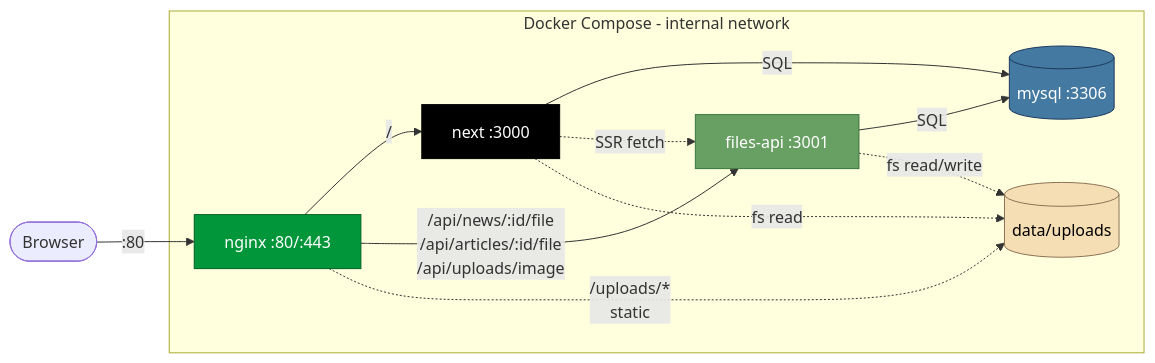
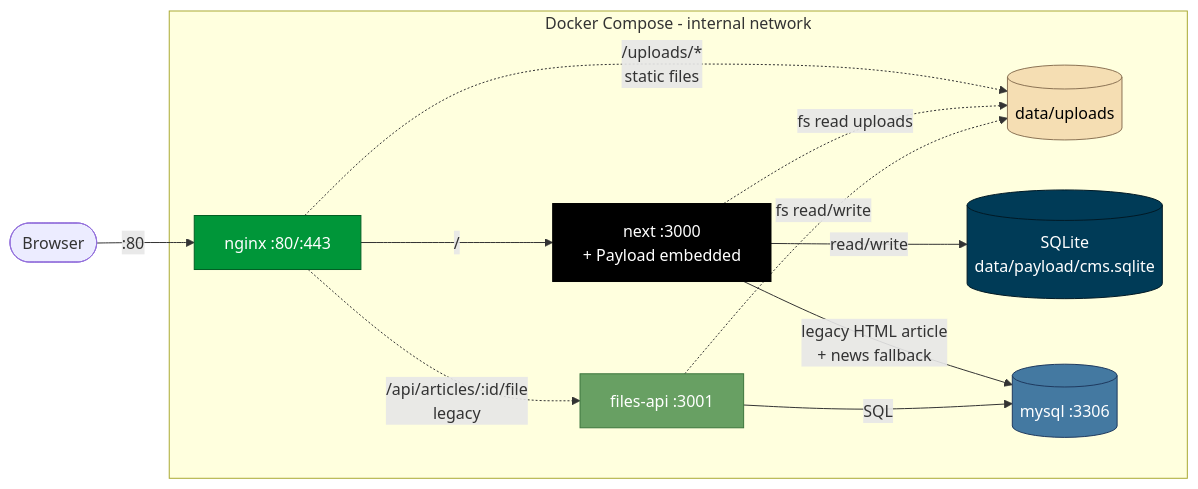
One commit to ihor-soloviov/aviation-college changed the diagram in README.md. Above: the diagram before and after it, drawn with Mermaid. The commit also changed other lines of this file and 3 other files, not shown here.

````diff
--- a/README.md
+++ b/README.md
@@ -95,26 +101,28 @@
 ```mermaid
 flowchart LR
     Browser([Browser]) -->|:80| Nginx
     subgraph Docker[Docker Compose - internal network]
         Nginx[nginx :80/:443] -->|/| Next
-        Nginx -->|/api/news/:id/file<br/>/api/articles/:id/file<br/>/api/uploads/image| Files[files-api :3001]
-        Nginx -.->|/uploads/*<br/>static| Volume[(data/uploads)]
-        Next[next :3000] -->|SQL| MySQL[(mysql :3306)]
-        Next -.->|SSR fetch| Files
-        Files -->|SQL| MySQL
+        Nginx -.->|/uploads/*<br/>static files| Volume[(data/uploads)]
+        Next[next :3000<br/>+ Payload embedded] -->|read/write| Sqlite[(SQLite<br/>data/payload/cms.sqlite)]
+        Next -->|legacy HTML article<br/>+ news fallback| MySQL[(mysql :3306)]
+        Next -.->|fs read uploads| Volume
+        Files[files-api :3001] -->|SQL| MySQL
         Files -.->|fs read/write| Volume
-        Next -.->|fs read| Volume
+        Nginx -.->|/api/articles/:id/file<br/>legacy| Files
     end
 
     classDef edge fill:#009639,stroke:#005f23,color:#fff
     classDef app fill:#000,stroke:#000,color:#fff
     classDef api fill:#68a063,stroke:#3c763d,color:#fff
     classDef db fill:#4479A1,stroke:#1f3a5f,color:#fff
+    classDef sql fill:#003B57,stroke:#001a26,color:#fff
     classDef vol fill:#f5deb3,stroke:#8b7355,color:#000
 
     class Nginx edge
     class Next app
     class Files api
     class MySQL db
+    class Sqlite sql
     class Volume vol
 ```
````
